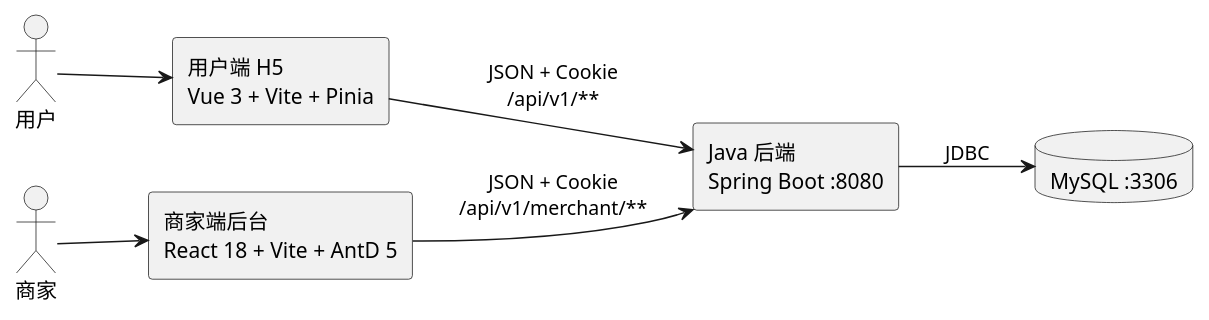
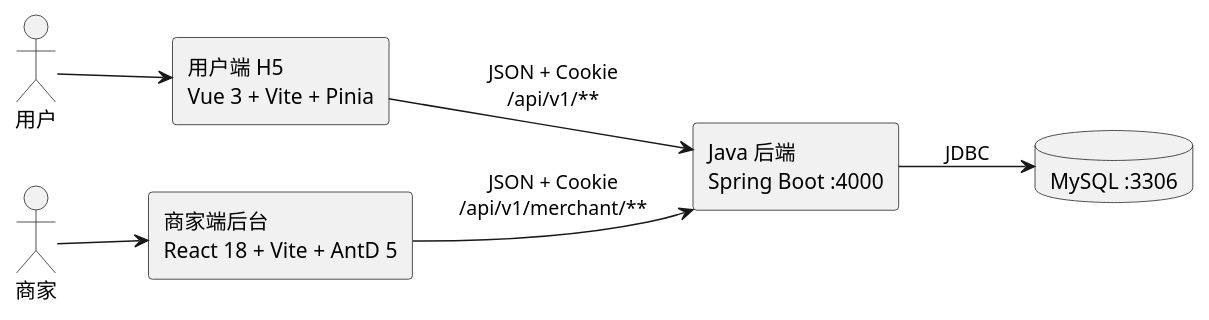
One commit to Fu-Jumping/elm_practice changed the diagram in docs/SRS-工程版.md. Above: the diagram before and after it, drawn with PlantUML. The commit also changed other lines of this file and 13 other files, not shown here.

````diff
--- a/docs/SRS-工程版.md
+++ b/docs/SRS-工程版.md
@@ -152,16 +153,16 @@
 ```plantuml
 @startuml
 left to right direction
 actor 用户
 actor 商家
 rectangle "用户端 H5\nVue 3 + Vite + Pinia" as UserWeb
 rectangle "商家端后台\nReact 18 + Vite + AntD 5" as MerchantWeb
-rectangle "Java 后端\nSpring Boot :8080" as Backend
+rectangle "Java 后端\nSpring Boot :4000" as Backend
 database "MySQL :3306" as DB
 用户 --> UserWeb
 商家 --> MerchantWeb
 UserWeb --> Backend : JSON + Cookie\n/api/v1/**
 MerchantWeb --> Backend : JSON + Cookie\n/api/v1/merchant/**
 Backend --> DB : JDBC
 @enduml
 ```
````
